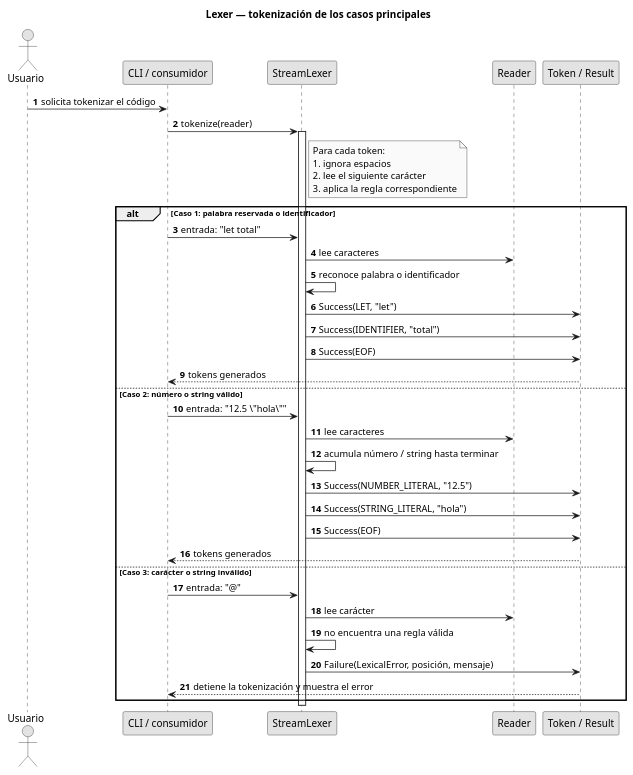
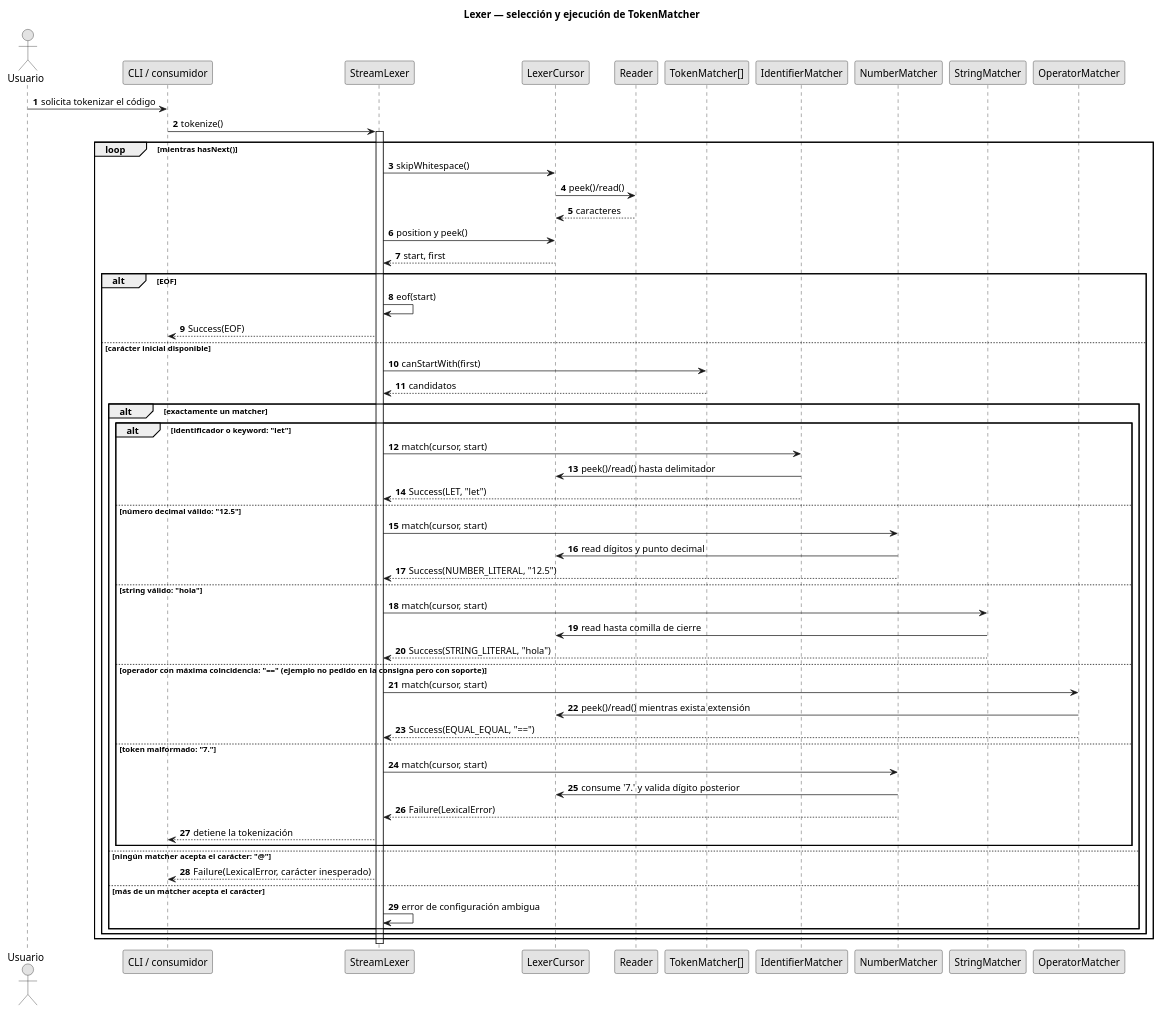
One commit to printScript-ingsis-vlt/print-script-ingsis changed the diagram in docs/diagrams/lexer-sequence.puml. Above: the diagram before and after it, drawn with PlantUML. The commit also changed 1 other file, not shown here.

Commit message:
docs: ADR-004 con la explicacion de refactor, el porque, la idea de diseño, pros, contras, etc. Tambien actualziado el diagrama de secuencia del lexer para adaptarse a los cambios de implementacion del lexer

```diff
--- a/docs/diagrams/lexer-sequence.puml
+++ b/docs/diagrams/lexer-sequence.puml
@@ -1,51 +1,77 @@
 @startuml
-title Lexer — tokenización de los casos principales
+title Lexer — selección y ejecución de TokenMatcher
 
 skinparam monochrome true
 skinparam shadowing false
 autonumber
 
 actor Usuario
 participant "CLI / consumidor" as Consumer
 participant "StreamLexer" as Lexer
+participant "LexerCursor" as Cursor
 participant "Reader" as Input
-participant "Token / Result" as Output
+participant "TokenMatcher[]" as Matchers
+participant "IdentifierMatcher" as Identifier
+participant "NumberMatcher" as Number
+participant "StringMatcher" as String
+participant "OperatorMatcher" as Operator
 
 Usuario -> Consumer : solicita tokenizar el código
-Consumer -> Lexer : tokenize(reader)
+Consumer -> Lexer : tokenize()
 activate Lexer
 
-note right of Lexer
-Para cada token:
-1. ignora espacios
-2. lee el siguiente carácter
-3. aplica la regla correspondiente
-end note
+loop mientras hasNext()
+  Lexer -> Cursor : skipWhitespace()
+  Cursor -> Input : peek()/read()
+  Input --> Cursor : caracteres
 
-alt Caso 1: palabra reservada o identificador
-  Consumer -> Lexer : entrada: "let total"
-  Lexer -> Input : lee caracteres
-  Lexer -> Lexer : reconoce palabra o identificador
-  Lexer -> Output : Success(LET, "let")
-  Lexer -> Output : Success(IDENTIFIER, "total")
-  Lexer -> Output : Success(EOF)
-  Output --> Consumer : tokens generados
+  Lexer -> Cursor : position y peek()
+  Cursor --> Lexer : start, first
 
-else Caso 2: número o string válido
-  Consumer -> Lexer : entrada: "12.5 \"hola\""
-  Lexer -> Input : lee caracteres
-  Lexer -> Lexer : acumula número / string hasta terminar
-  Lexer -> Output : Success(NUMBER_LITERAL, "12.5")
-  Lexer -> Output : Success(STRING_LITERAL, "hola")
-  Lexer -> Output : Success(EOF)
-  Output --> Consumer : tokens generados
+  alt EOF
+    Lexer -> Lexer : eof(start)
+    Lexer --> Consumer : Success(EOF)
 
-else Caso 3: carácter o string inválido
-  Consumer -> Lexer : entrada: "@"
-  Lexer -> Input : lee carácter
-  Lexer -> Lexer : no encuentra una regla válida
-  Lexer -> Output : Failure(LexicalError, posición, mensaje)
-  Output --> Consumer : detiene la tokenización y muestra el error
+  else carácter inicial disponible
+    Lexer -> Matchers : canStartWith(first)
+    Matchers --> Lexer : candidatos
+
+    alt exactamente un matcher
+      alt identificador o keyword: "let"
+        Lexer -> Identifier : match(cursor, start)
+        Identifier -> Cursor : peek()/read() hasta delimitador
+        Identifier --> Lexer : Success(LET, "let")
+
+      else número decimal válido: "12.5"
+        Lexer -> Number : match(cursor, start)
+        Number -> Cursor : read dígitos y punto decimal
+        Number --> Lexer : Success(NUMBER_LITERAL, "12.5")
+
+      else string válido: "hola"
+        Lexer -> String : match(cursor, start)
+        String -> Cursor : read hasta comilla de cierre
+        String --> Lexer : Success(STRING_LITERAL, "hola")
+
+      else operador con máxima coincidencia: "==" (ejemplo no pedido en la consigna pero con soporte)
+        Lexer -> Operator : match(cursor, start)
+        Operator -> Cursor : peek()/read() mientras exista extensión
+        Operator --> Lexer : Success(EQUAL_EQUAL, "==")
+
+      else token malformado: "7."
+        Lexer -> Number : match(cursor, start)
+        Number -> Cursor : consume '7.' y valida dígito posterior
+        Number --> Lexer : Failure(LexicalError)
+        Lexer --> Consumer : detiene la tokenización
+      end
+
+    else ningún matcher acepta el carácter: "@"
+      Lexer --> Consumer : Failure(LexicalError, carácter inesperado)
+
+    else más de un matcher acepta el carácter
+      Lexer -> Lexer : error de configuración ambigua
+    end
+  end
 end
+
 deactivate Lexer
 @enduml
```
